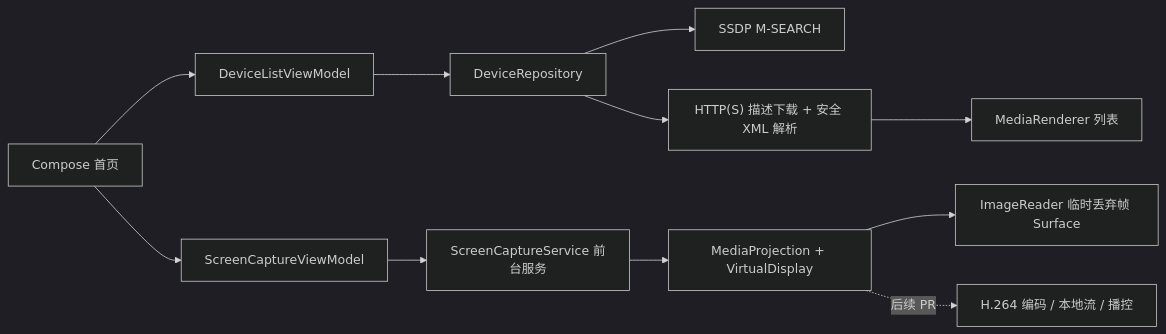
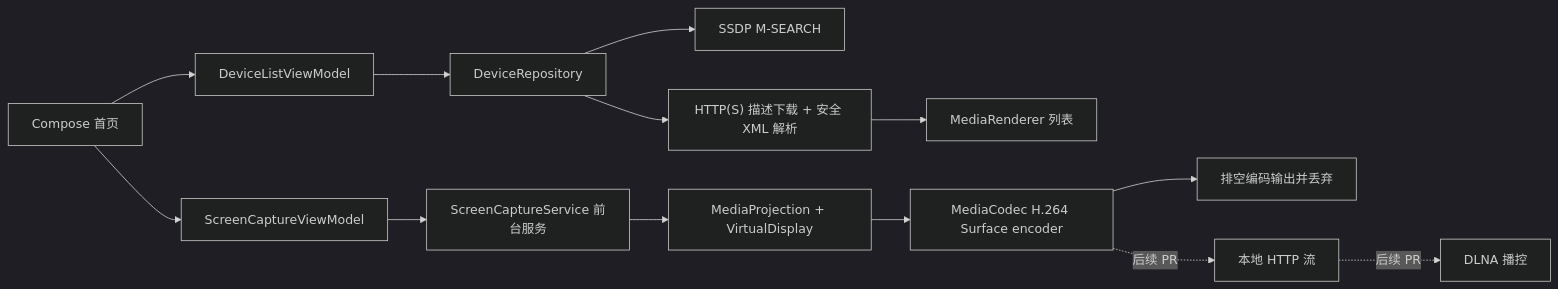
The diagram in README.md (QieRong/DLNAScreenCastDemo), drawn with Mermaid (dark theme) before and after one commit. The commit also changed other lines of this file and 27 other files, not shown here.

Commit message:
feat(encoder): add H.264 configuration and runtime drain

````diff
--- a/README.md
+++ b/README.md
@@ -21,13 +21,15 @@
 ```mermaid
 flowchart LR
     UI["Compose 首页"] --> DEVICE_VM["DeviceListViewModel"]
     DEVICE_VM --> REPOSITORY["DeviceRepository"]
     REPOSITORY --> SSDP["SSDP M-SEARCH"]
     REPOSITORY --> DESCRIPTION["HTTP(S) 描述下载 + 安全 XML 解析"]
     DESCRIPTION --> RENDERER["MediaRenderer 列表"]
     UI --> CAPTURE_VM["ScreenCaptureViewModel"]
     CAPTURE_VM --> SERVICE["ScreenCaptureService 前台服务"]
     SERVICE --> CAPTURE["MediaProjection + VirtualDisplay"]
-    CAPTURE --> SURFACE["ImageReader 临时丢弃帧 Surface"]
-    CAPTURE -. 后续 PR .-> ENCODER["H.264 编码 / 本地流 / 播控"]
+    CAPTURE --> ENCODER["MediaCodec H.264 Surface encoder"]
+    ENCODER --> DRAIN["排空编码输出并丢弃"]
+    ENCODER -. 后续 PR .-> STREAM["本地 HTTP 流"]
+    STREAM -. 后续 PR .-> CONTROL["DLNA 播控"]
 ```
````
